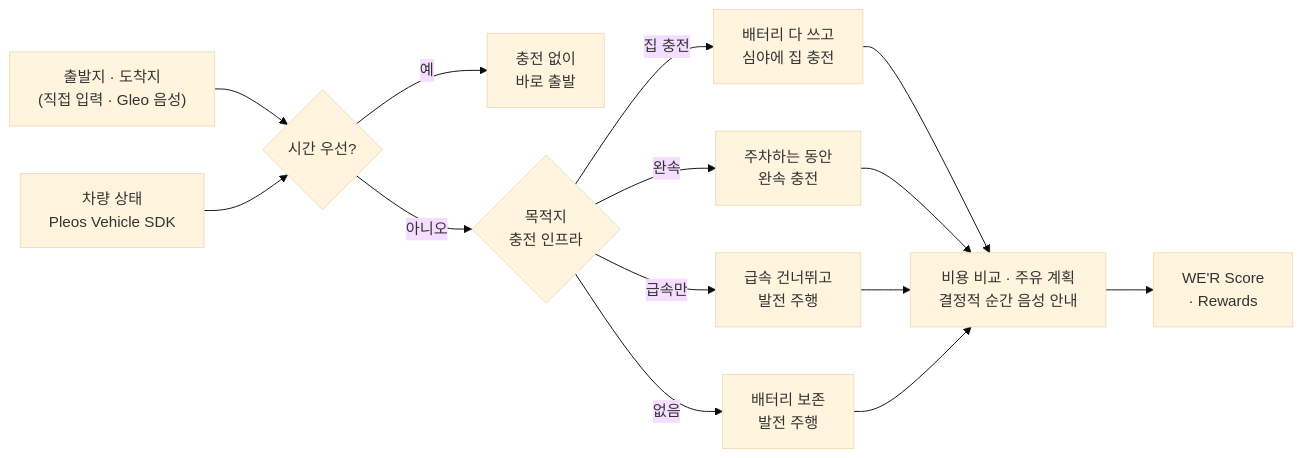
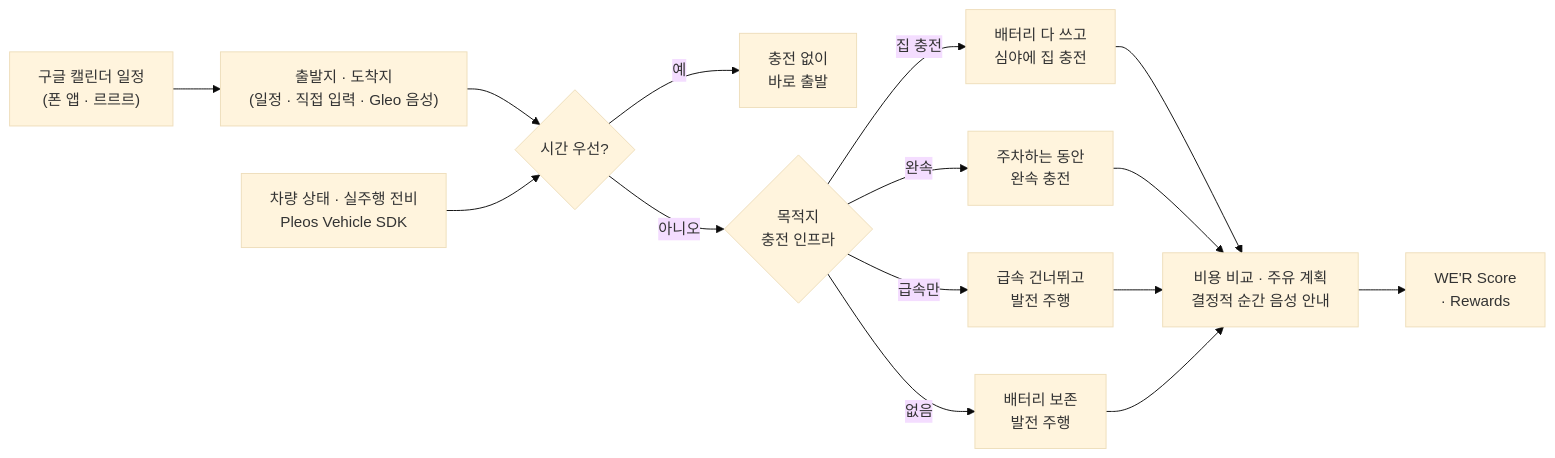
Before and after one commit to onlyho12-sketch/WE_R_EV: the diagram in README.md, drawn with Mermaid (base theme). The commit also changed other lines of this file and 26 other files, not shown here.

````diff
--- a/README.md
+++ b/README.md
@@ -92,13 +135,14 @@
 ```mermaid
 flowchart LR
-    IN["출발지 · 도착지<br/>(직접 입력 · Gleo 음성)"] --> T{"시간 우선?"}
-    CAR["차량 상태<br/>Pleos Vehicle SDK"] --> T
+    CAL["구글 캘린더 일정<br/>(폰 앱 · 르르르)"] --> IN
+    IN["출발지 · 도착지<br/>(일정 · 직접 입력 · Gleo 음성)"] --> T{"시간 우선?"}
+    CAR["차량 상태 · 실주행 전비<br/>Pleos Vehicle SDK"] --> T
     T -- 예 --> R0["충전 없이<br/>바로 출발"]
     T -- 아니오 --> I{"목적지<br/>충전 인프라"}
     I -- 집 충전 --> R1["배터리 다 쓰고<br/>심야에 집 충전"]
     I -- 완속 --> R2["주차하는 동안<br/>완속 충전"]
     I -- 급속만 --> R3["급속 건너뛰고<br/>발전 주행"]
     I -- 없음 --> R4["배터리 보존<br/>발전 주행"]
     R1 & R2 & R3 & R4 --> OUT["비용 비교 · 주유 계획<br/>결정적 순간 음성 안내"]
     OUT --> SCORE["WE'R Score<br/>· Rewards"]
 ```
````
